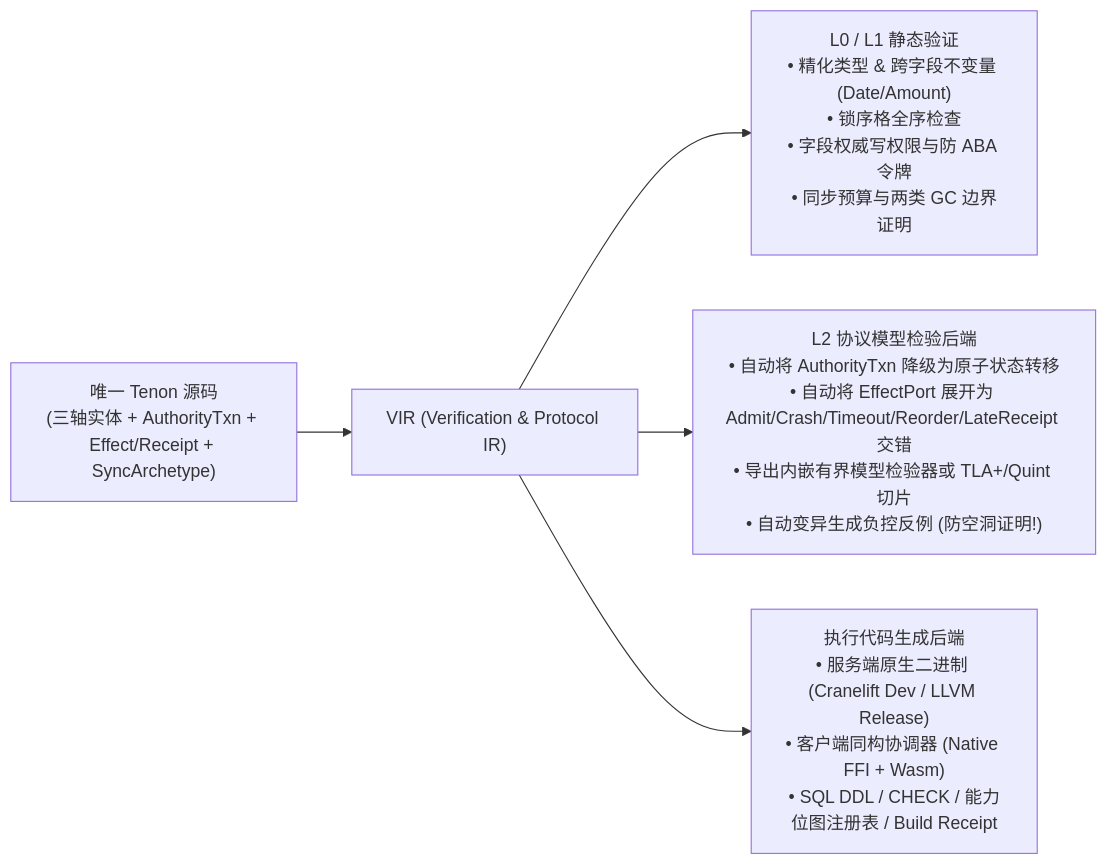
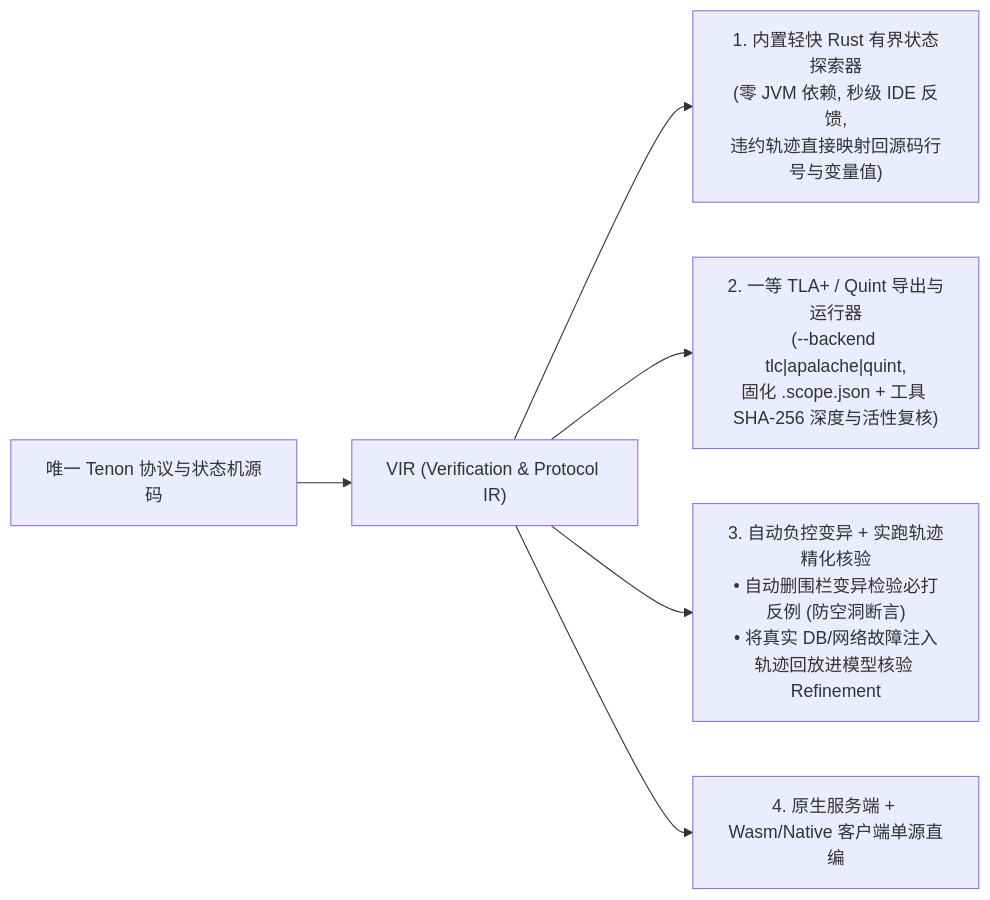
Before and after one commit to cpunion/tenon-lang: the second of 2 diagrams in docs/06-reconciliation-and-distributed-sync-calculus.md, drawn with Mermaid. The commit also changed other lines of this file and 7 other files, not shown here.

Commit message:
docs: finalize ADR-0001 with all 13 locked architecture decisions and align syntax/memory/modelcheck specs

````diff
--- a/docs/06-reconciliation-and-distributed-sync-calculus.md
+++ b/docs/06-reconciliation-and-distributed-sync-calculus.md
@@ -326,7 +219,8 @@
 ```mermaid
 flowchart LR
-    SRC["唯一 Tenon 源码\n(三轴实体 + AuthorityTxn + Effect/Receipt + SyncArchetype)"] --> VIR["VIR (Verification & Protocol IR)"]
-    VIR --> L01["L0 / L1 静态验证\n• 精化类型 & 跨字段不变量 (Date/Amount)\n• 锁序格全序检查\n• 字段权威写权限与防 ABA 令牌\n• 同步预算与两类 GC 边界证明"]
-    VIR --> L2MC["L2 协议模型检验后端\n• 自动将 AuthorityTxn 降级为原子状态转移\n• 自动将 EffectPort 展开为 Admit/Crash/Timeout/Reorder/LateReceipt 交错\n• 导出内嵌有界模型检验器或 TLA+/Quint 切片\n• 自动变异生成负控反例 (防空洞证明!)"]
-    VIR --> CODEGEN["执行代码生成后端\n• 服务端原生二进制 (Cranelift Dev / LLVM Release)\n• 客户端同构协调器 (Native FFI + Wasm)\n• SQL DDL / CHECK / 能力位图注册表 / Build Receipt"]
+    SRC["唯一 Tenon 协议与状态机源码"] --> VIR["VIR (Verification & Protocol IR)"]
+    VIR --> MC_FAST["1. 内置轻快 Rust 有界状态探索器\n(零 JVM 依赖, 秒级 IDE 反馈,\n违约轨迹直接映射回源码行号与变量值)"]
+    VIR --> MC_TLA["2. 一等 TLA+ / Quint 导出与运行器\n(--backend tlc|apalache|quint,\n固化 .scope.json + 工具 SHA-256 深度与活性复核)"]
+    VIR --> MC_MUT["3. 自动负控变异 + 实跑轨迹精化核验\n• 自动删围栏变异检验必打反例 (防空洞断言)\n• 将真实 DB/网络故障注入轨迹回放进模型核验 Refinement"]
+    VIR --> CODEGEN["4. 原生服务端 + Wasm/Native 客户端单源直编"]
 ```
````
